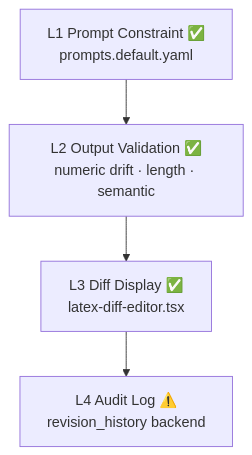
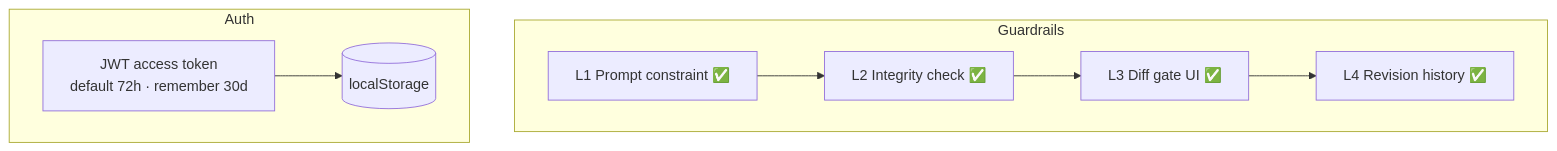
The tenth of 11 diagrams in docs/architecture_diagram.md (Tai-TZ/arionear-ai-paper-editor), drawn with Mermaid before and after one commit. The commit also changed other lines of this file and 5 other files, not shown here.

````diff
--- a/docs/architecture_diagram.md
+++ b/docs/architecture_diagram.md
@@ -223,8 +280,16 @@
 ```mermaid
 flowchart TB
-    L1["L1 Prompt Constraint ✅<br/>prompts.default.yaml"]
-    L2["L2 Output Validation ✅<br/>numeric drift · length · semantic"]
-    L3["L3 Diff Display ✅<br/>latex-diff-editor.tsx"]
-    L4["L4 Audit Log ⚠️<br/>revision_history backend"]
-    L1 --> L2 --> L3 --> L4
+    subgraph Guardrails
+        L1[L1 Prompt constraint ✅]
+        L2[L2 Integrity check ✅]
+        L3[L3 Diff gate UI ✅]
+        L4[L4 Revision history ✅]
+        L1 --> L2 --> L3 --> L4
+    end
+
+    subgraph Auth
+        JWT[JWT access token<br/>default 72h · remember 30d]
+        LS[(localStorage)]
+        JWT --> LS
+    end
 ```
````
